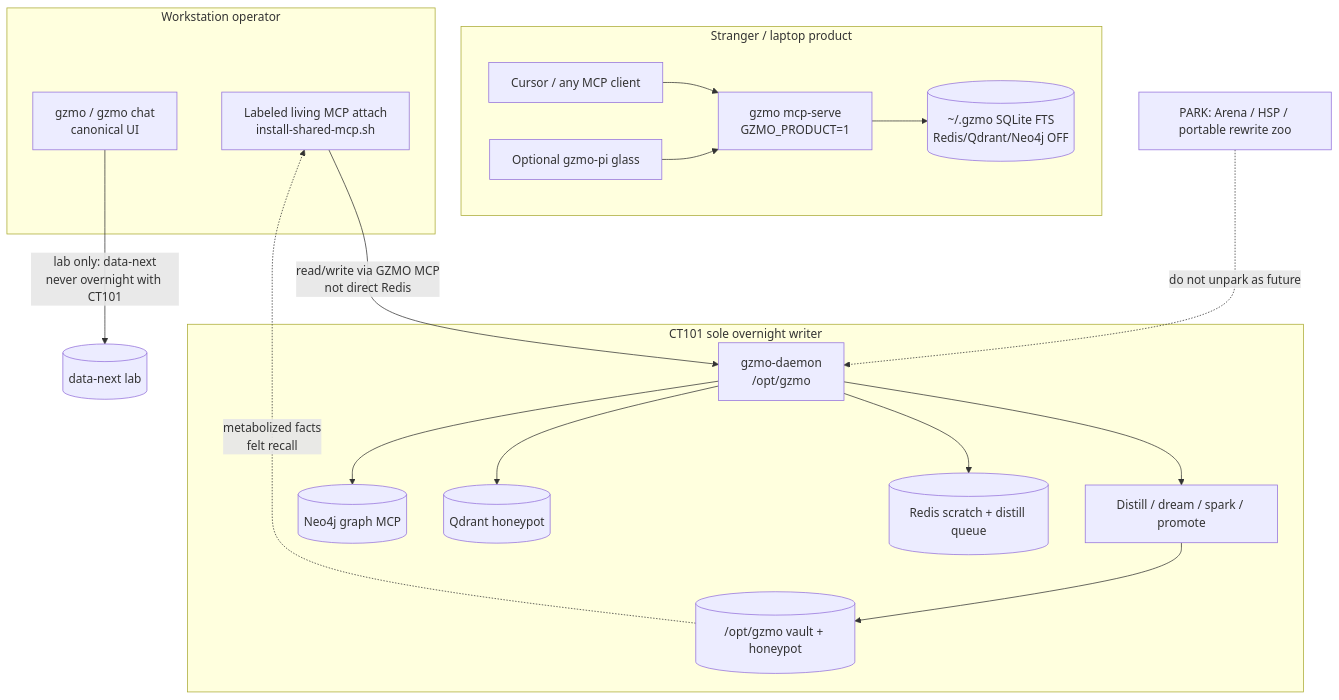
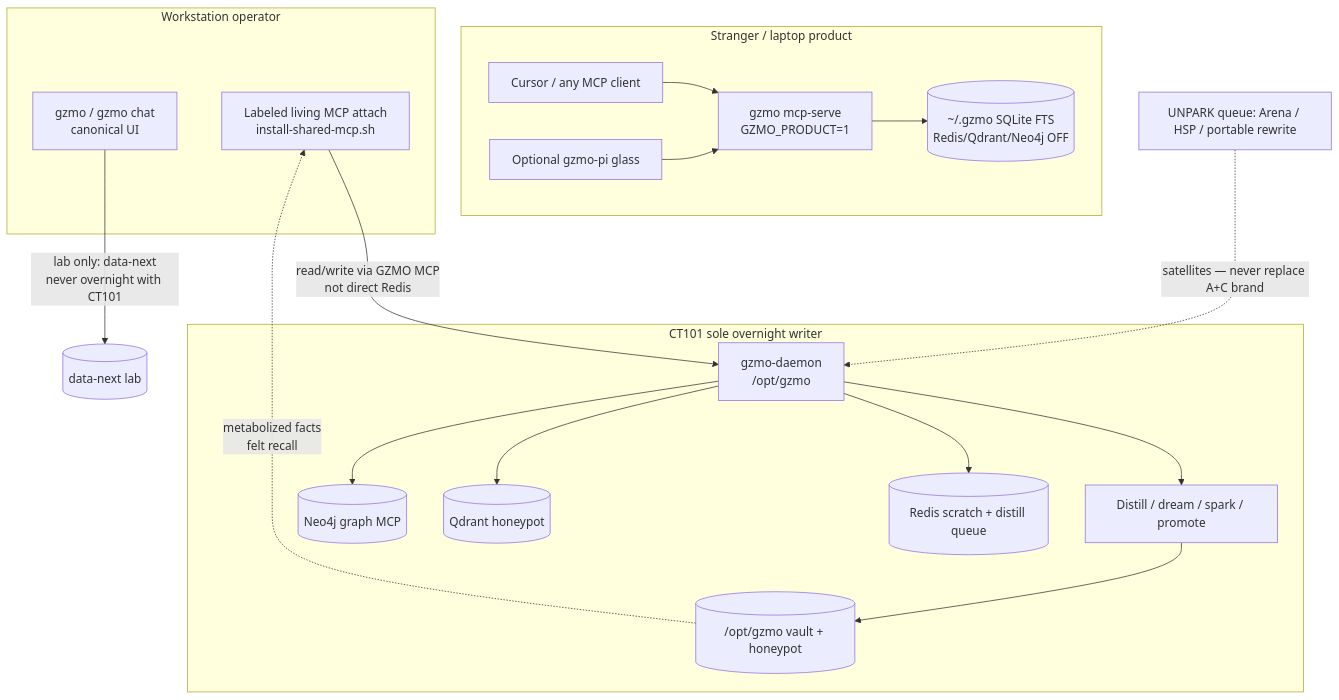
The diagram in docs/research/CT101_STACK_FUTURE_2026-07.md (maximilianwruhs-cyber/GZMO), drawn with Mermaid before and after one commit.

Commit message:
Update futures diagram for Unpark queue wording.

````diff
--- a/docs/research/CT101_STACK_FUTURE_2026-07.md
+++ b/docs/research/CT101_STACK_FUTURE_2026-07.md
@@ -195,38 +195,38 @@
 ```mermaid
 flowchart TB
   subgraph strangers [Stranger / laptop product]
     CursorPi[Cursor / any MCP client]
     GzmoPiOpt[Optional gzmo-pi glass]
     ProductMCP["gzmo mcp-serve\nGZMO_PRODUCT=1"]
     LocalVault[("~/.gzmo SQLite FTS\nRedis/Qdrant/Neo4j OFF")]
     CursorPi --> ProductMCP
     GzmoPiOpt --> ProductMCP
     ProductMCP --> LocalVault
   end
 
   subgraph operator [Workstation operator]
     GzmoChat["gzmo / gzmo chat\ncanonical UI"]
     LivingAttach["Labeled living MCP attach\ninstall-shared-mcp.sh"]
   end
 
   subgraph living [CT101 sole overnight writer]
     Daemon["gzmo-daemon\n/opt/gzmo"]
     Distill[Distill / dream / spark / promote]
     Vault[("/opt/gzmo vault + honeypot")]
     Redis[("Redis scratch + distill queue")]
     Qdrant[("Qdrant honeypot")]
     Neo4j[("Neo4j graph MCP")]
     Daemon --> Distill
     Distill --> Vault
     Daemon --> Redis
     Daemon --> Qdrant
     Daemon --> Neo4j
   end
 
   GzmoChat -->|"lab only: data-next\nnever overnight with CT101"| LabScratch[(data-next lab)]
   LivingAttach -->|"read/write via GZMO MCP\nnot direct Redis"| Daemon
   Vault -.->|"metabolized facts\nfelt recall"| LivingAttach
 
-  Park["PARK: Arena / HSP / portable rewrite zoo"]
-  Park -.->|"do not unpark as future"| Daemon
+  Unpark["UNPARK queue: Arena / HSP / portable rewrite"]
+  Unpark -.->|"satellites — never replace A+C brand"| Daemon
 ```
````
